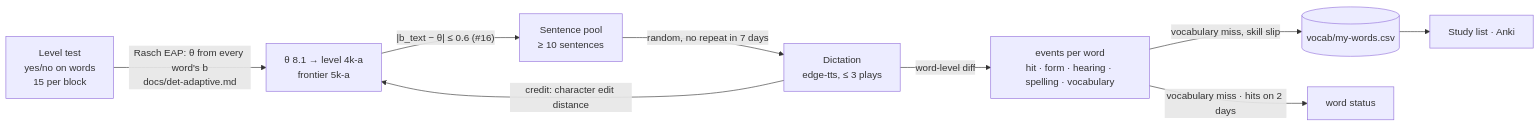
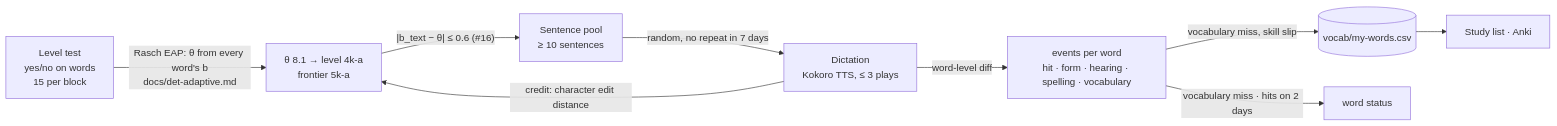
One commit to nhanpc/DET changed the third of 3 diagrams in docs/sentences.md. Above: the diagram before and after it, drawn with Mermaid. The commit also changed 12 other files, not shown here.

First line of the commit message:
Dictation audio from Kokoro-82M on this machine: American voices, natural pace, normalised WAV

````diff
--- a/docs/sentences.md
+++ b/docs/sentences.md
@@ -166,11 +166,11 @@
 ```mermaid
 flowchart LR
     T[Level test<br/>yes/no on words<br/>15 per block] -->|"Rasch EAP: θ from every word's b<br/>docs/det-adaptive.md"| L[θ 8.1 → level 4k-a<br/>frontier 5k-a]
     L -->|"|b_text − θ| ≤ 0.6 (#16)"| P[Sentence pool<br/>≥ 10 sentences]
-    P -->|random, no repeat in 7 days| D[Dictation<br/>edge-tts, ≤ 3 plays]
+    P -->|random, no repeat in 7 days| D[Dictation<br/>Kokoro TTS, ≤ 3 plays]
     D -->|"credit: character edit distance"| L
     D -->|word-level diff| R["events per word<br/>hit · form · hearing · spelling · vocabulary"]
     R -->|"vocabulary miss, skill slip"| M[(vocab/my-words.csv)]
     R -->|"vocabulary miss · hits on 2 days"| W[word status]
     M --> S[Study list · Anki]
 ```
````
